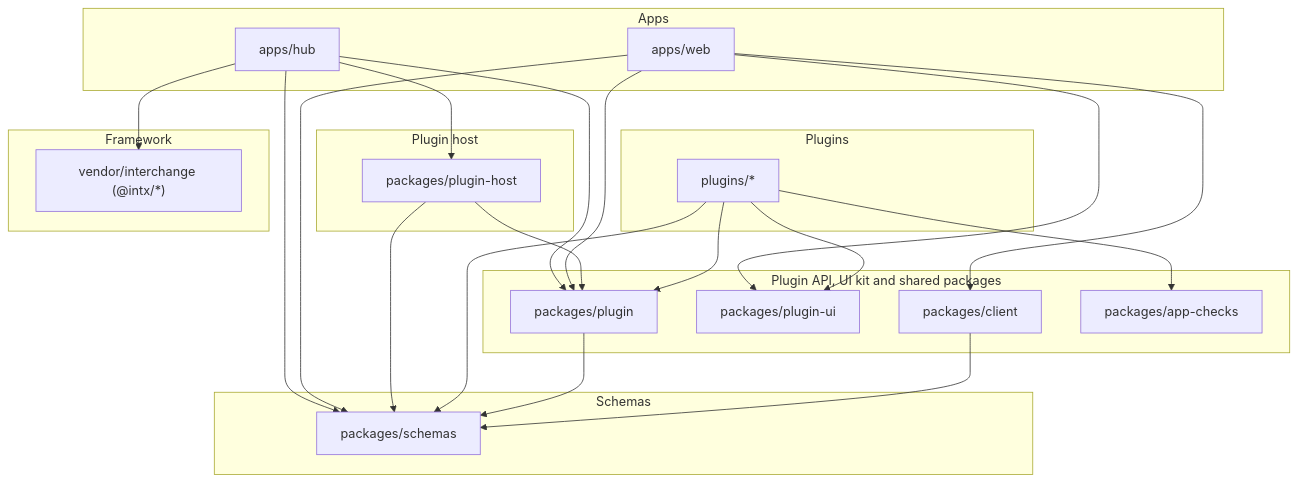
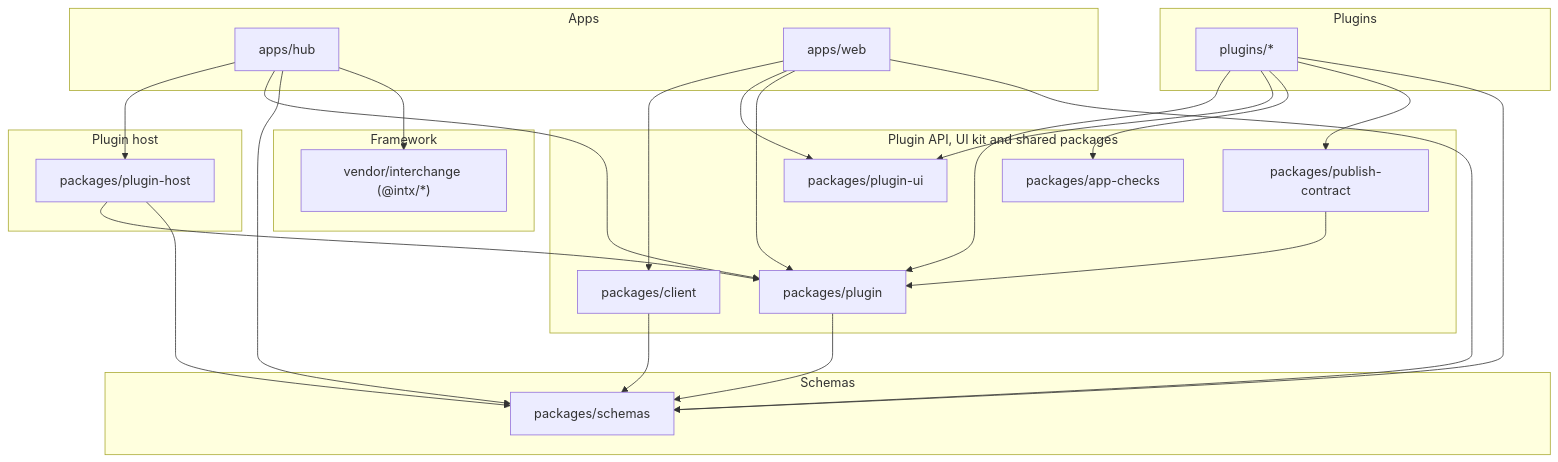
The diagram in docs/ARCHITECTURE.md (corbitsdev/corbits-builder), drawn with Mermaid before and after one commit. The commit also changed other lines of this file and 37 other files, not shown here.

First line of the commit message:
feat(publish): the publish contract and plugin

````diff
--- a/docs/ARCHITECTURE.md
+++ b/docs/ARCHITECTURE.md
@@ -36,42 +36,45 @@
 ```mermaid
 flowchart TD
   subgraph apps["Apps"]
     hub["apps/hub"]
     web["apps/web"]
   end
   subgraph hostlayer["Plugin host"]
     host["packages/plugin-host"]
   end
   subgraph pluginlayer["Plugins"]
     plugins["plugins/*"]
   end
   subgraph shared["Plugin API, UI kit and shared packages"]
     api["packages/plugin"]
     ui["packages/plugin-ui"]
     client["packages/client"]
     checks["packages/app-checks"]
+    contract["packages/publish-contract"]
   end
   subgraph base["Schemas"]
     schemas["packages/schemas"]
   end
   subgraph framework["Framework"]
     intx["vendor/interchange (@intx/*)"]
   end
 
   hub --> host
   hub --> api
   hub --> schemas
   hub --> intx
   web --> client
   web --> ui
   web --> api
   web --> schemas
   host --> api
   host --> schemas
   plugins --> api
   plugins --> ui
   plugins --> checks
+  plugins --> contract
   plugins --> schemas
   api --> schemas
+  contract --> api
   client --> schemas
 ```
````
